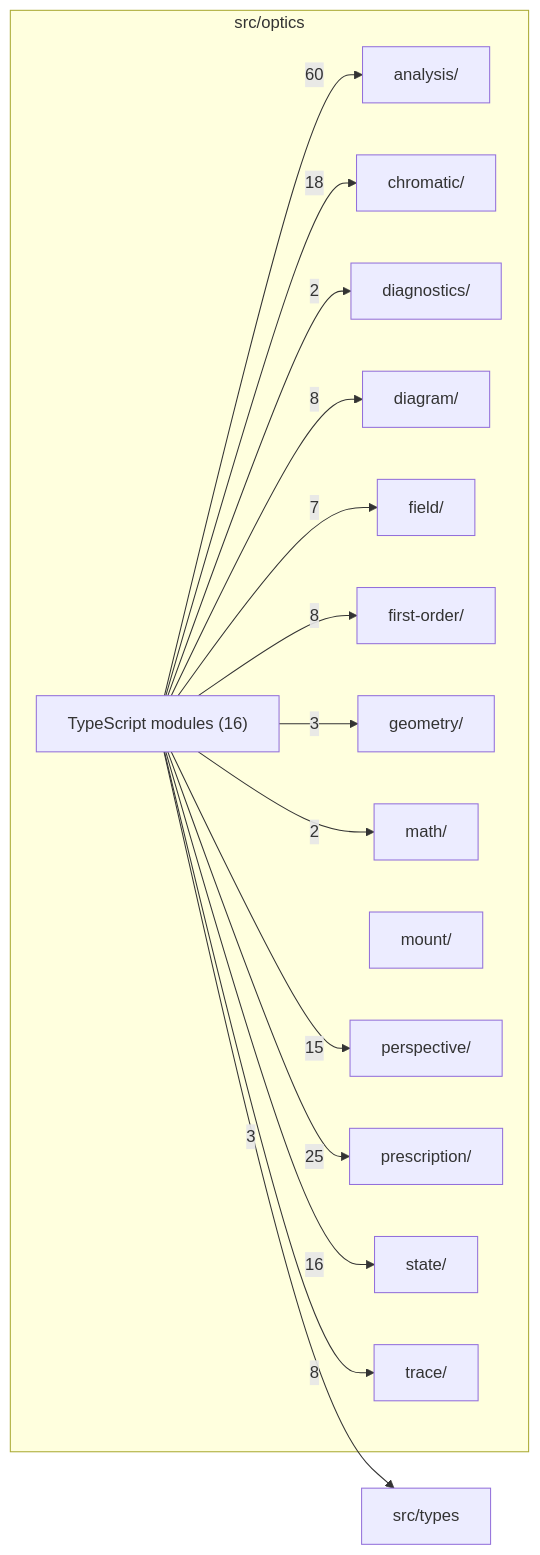
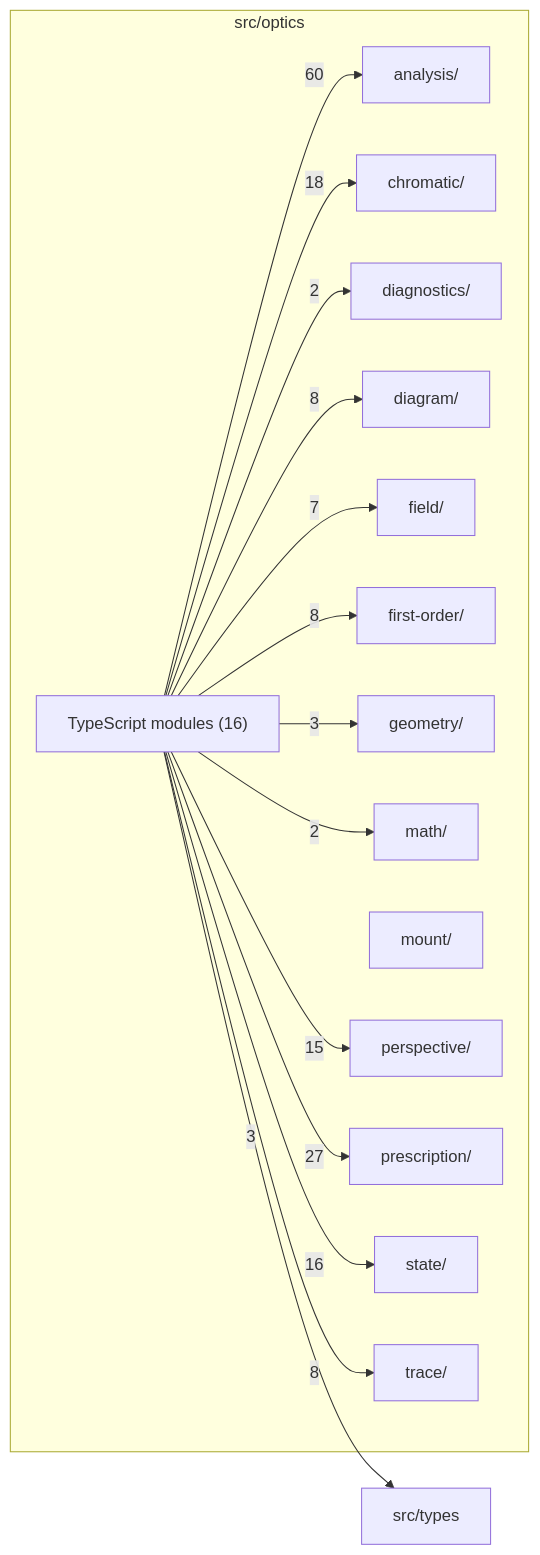
One commit to ronbuening/LensVisualizer changed the diagram in src/optics/readme.md. Above: the diagram before and after it, drawn with Mermaid. The commit also changed other lines of this file and 65 other files, not shown here.

First line of the commit message:
Restate the rim-cut notes on the fixed rule, record figure uncertainty, and move the dense probe into the validation seam

````diff
--- a/src/optics/readme.md
+++ b/src/optics/readme.md
@@ -9,33 +9,33 @@
 ```mermaid
 flowchart LR
   subgraph n_src_optics["src/optics"]
     n_src_optics_src_optics_analysis["analysis/"]
     n_src_optics_src_optics_chromatic["chromatic/"]
     n_src_optics_src_optics_diagnostics["diagnostics/"]
     n_src_optics_src_optics_diagram["diagram/"]
     n_src_optics_src_optics_field["field/"]
     n_src_optics_src_optics_first_order["first-order/"]
     n_src_optics_src_optics_geometry["geometry/"]
     n_src_optics_src_optics_math["math/"]
     n_src_optics_src_optics_mount["mount/"]
     n_src_optics_src_optics_perspective["perspective/"]
     n_src_optics_src_optics_prescription["prescription/"]
     n_src_optics_src_optics_state["state/"]
     n_src_optics_src_optics_trace["trace/"]
     n_src_optics_TypeScript_modules["TypeScript modules (16)"]
   end
   n_external_src_types["src/types"]
   n_src_optics_TypeScript_modules --> |60| n_src_optics_src_optics_analysis
-  n_src_optics_TypeScript_modules --> |25| n_src_optics_src_optics_prescription
+  n_src_optics_TypeScript_modules --> |27| n_src_optics_src_optics_prescription
   n_src_optics_TypeScript_modules --> |18| n_src_optics_src_optics_chromatic
   n_src_optics_TypeScript_modules --> |16| n_src_optics_src_optics_state
   n_src_optics_TypeScript_modules --> |15| n_src_optics_src_optics_perspective
   n_src_optics_TypeScript_modules --> |8| n_src_optics_src_optics_diagram
   n_src_optics_TypeScript_modules --> |8| n_src_optics_src_optics_first_order
   n_src_optics_TypeScript_modules --> |8| n_src_optics_src_optics_trace
   n_src_optics_TypeScript_modules --> |7| n_src_optics_src_optics_field
   n_src_optics_TypeScript_modules --> |3| n_external_src_types
   n_src_optics_TypeScript_modules --> |3| n_src_optics_src_optics_geometry
   n_src_optics_TypeScript_modules --> |2| n_src_optics_src_optics_diagnostics
   n_src_optics_TypeScript_modules --> |2| n_src_optics_src_optics_math
 ```
````
